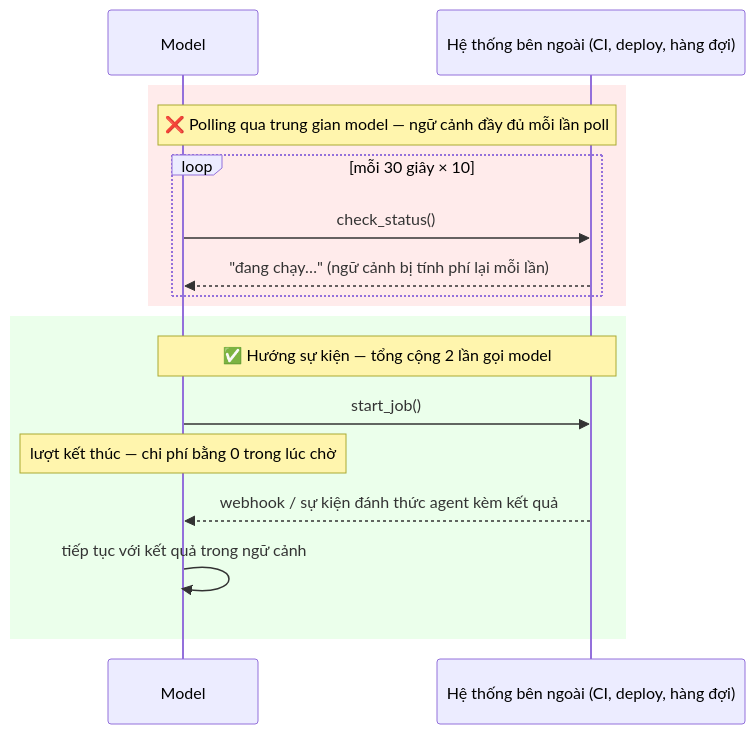
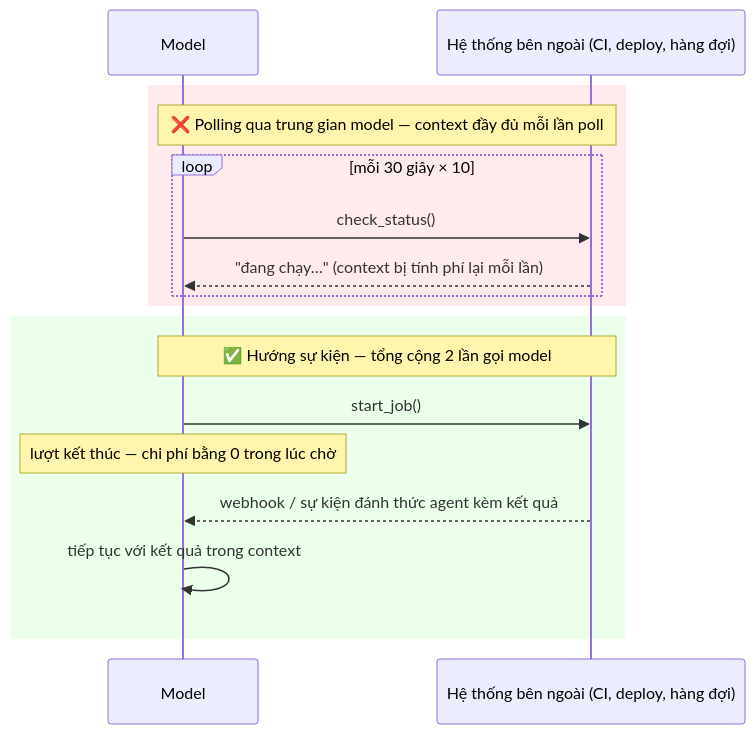
One commit to dungnm02/token-optimizer changed the first of 2 diagrams in solutions/event-driven-waiting.md. Above: the diagram before and after it, drawn with Mermaid. The commit also changed other lines of this file and 25 other files, not shown here.

````diff
--- a/solutions/event-driven-waiting.md
+++ b/solutions/event-driven-waiting.md
@@ -14,19 +14,19 @@
 ```mermaid
 sequenceDiagram
     participant M as Model
     participant X as Hệ thống bên ngoài (CI, deploy, hàng đợi)
     rect rgb(255,235,235)
-    Note over M,X: ❌ Polling qua trung gian model — ngữ cảnh đầy đủ mỗi lần poll
+    Note over M,X: ❌ Polling qua trung gian model — context đầy đủ mỗi lần poll
     loop mỗi 30 giây × 10
         M->>X: check_status()
-        X-->>M: "đang chạy…" (ngữ cảnh bị tính phí lại mỗi lần)
+        X-->>M: "đang chạy…" (context bị tính phí lại mỗi lần)
     end
     end
     rect rgb(235,255,235)
     Note over M,X: ✅ Hướng sự kiện — tổng cộng 2 lần gọi model
     M->>X: start_job()
     Note over M: lượt kết thúc — chi phí bằng 0 trong lúc chờ
     X-->>M: webhook / sự kiện đánh thức agent kèm kết quả
-    M->>M: tiếp tục với kết quả trong ngữ cảnh
+    M->>M: tiếp tục với kết quả trong context
     end
 ```
````
